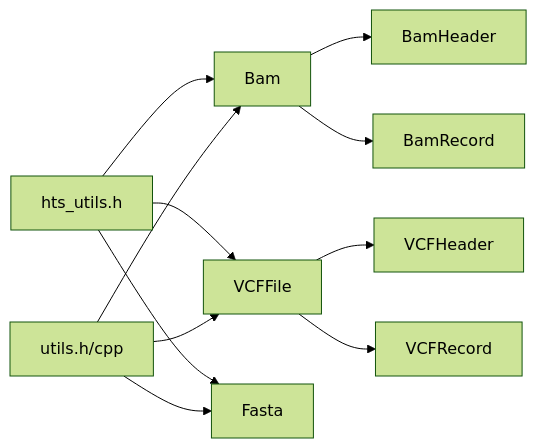
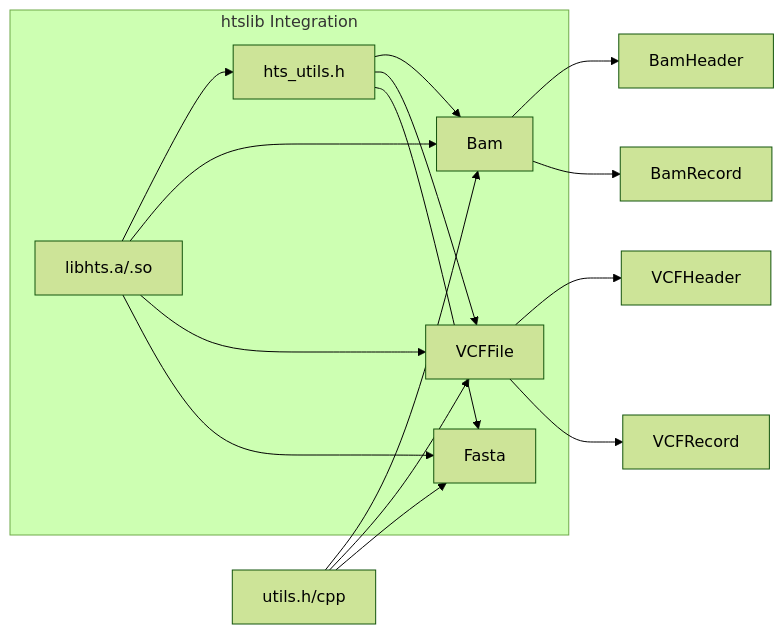
One commit to ShujiaHuang/BaseVar2 changed the eighth of 8 diagrams in .qoder/repowiki/en/content/File Format I_O System/File Format I_O System.md. Above: the diagram before and after it, drawn with Mermaid (forest theme). The commit also changed other lines of this file and 6 other files, not shown here.

````diff
--- a/.qoder/repowiki/en/content/File Format I_O System/File Format I_O System.md
+++ b/.qoder/repowiki/en/content/File Format I_O System/File Format I_O System.md
@@ -350,13 +430,19 @@
 ```mermaid
 graph LR
 HU["hts_utils.h"] --> BAM["Bam"]
 HU --> VCF["VCFFile"]
 HU --> FASTA["Fasta"]
 Utils["utils.h/cpp"] --> BAM
 Utils --> VCF
 Utils --> FASTA
 BAM --> BH["BamHeader"]
 BAM --> BR["BamRecord"]
 VCF --> VH["VCFHeader"]
 VCF --> VR["VCFRecord"]
+subgraph "htslib Integration"
+HTS["libhts.a/.so"] --> HU
+HTS --> BAM
+HTS --> VCF
+HTS --> FASTA
+end
 ```
````
